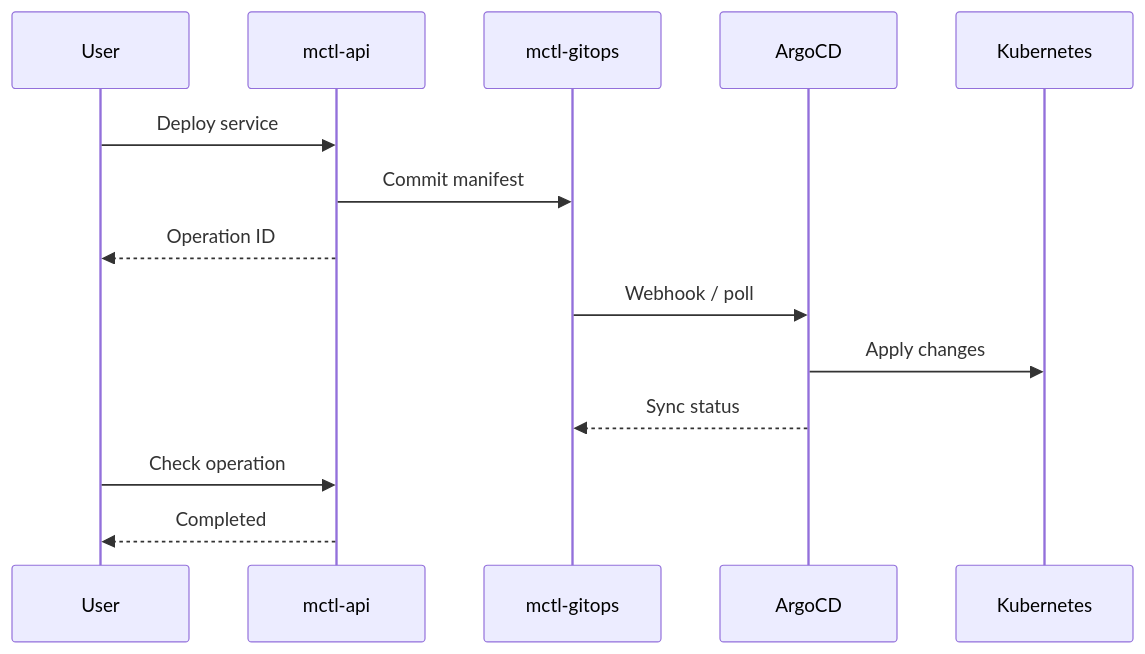
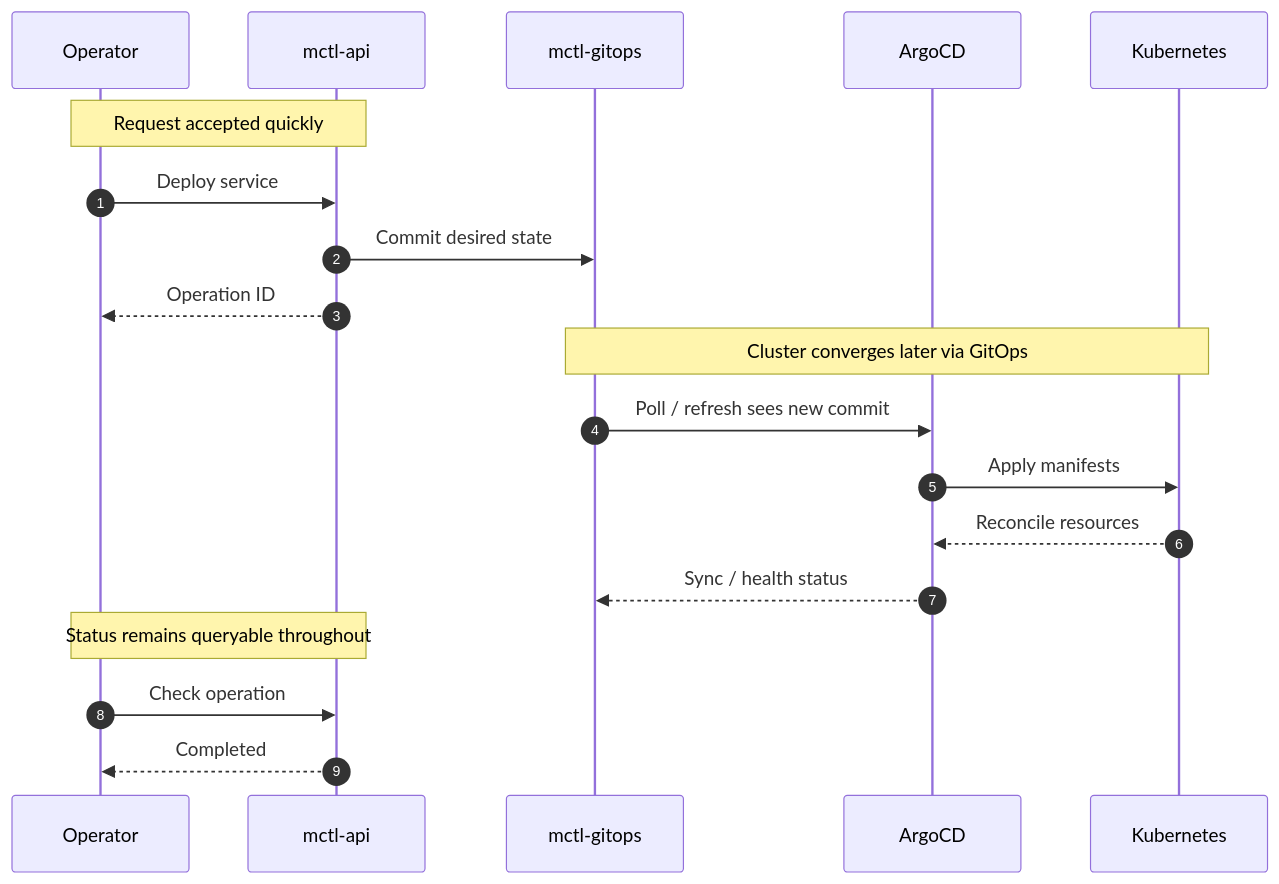
One commit to mctlhq/mctl-docs changed the diagram in docs/guides/gitops-workflows.md. Above: the diagram before and after it, drawn with Mermaid. The commit also changed 7 other files, not shown here.

Commit message:
feat(docs): add expressive mermaid diagrams with zoom

````diff
--- a/docs/guides/gitops-workflows.md
+++ b/docs/guides/gitops-workflows.md
@@ -7,17 +7,24 @@
 ```mermaid
 sequenceDiagram
-    participant User
+    autonumber
+    participant User as Operator
     participant API as mctl-api
     participant Git as mctl-gitops
     participant Argo as ArgoCD
     participant K8s as Kubernetes
 
+    Note over User,API: Request accepted quickly
     User->>API: Deploy service
-    API->>Git: Commit manifest
+    API->>Git: Commit desired state
     API-->>User: Operation ID
-    Git->>Argo: Webhook / poll
-    Argo->>K8s: Apply changes
-    Argo-->>Git: Sync status
+
+    Note over Git,K8s: Cluster converges later via GitOps
+    Git->>Argo: Poll / refresh sees new commit
+    Argo->>K8s: Apply manifests
+    K8s-->>Argo: Reconcile resources
+    Argo-->>Git: Sync / health status
+
+    Note over User,API: Status remains queryable throughout
     User->>API: Check operation
     API-->>User: Completed
 ```
````
